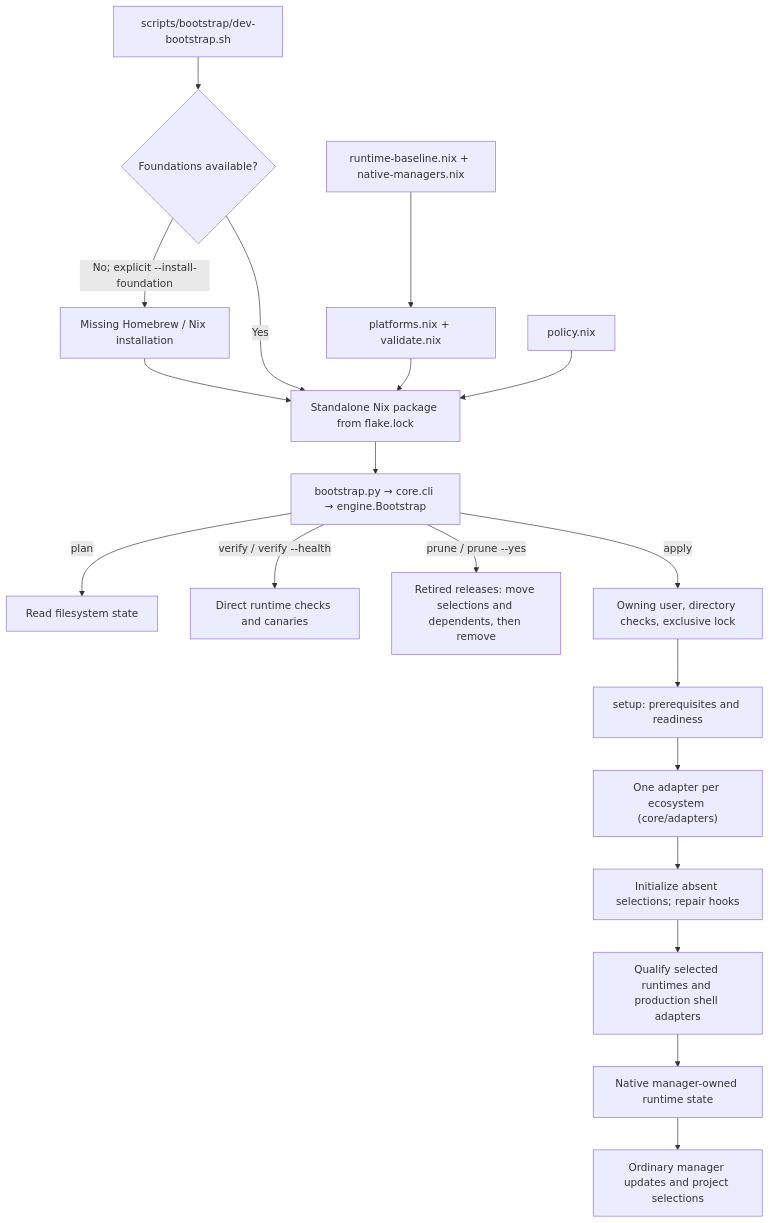
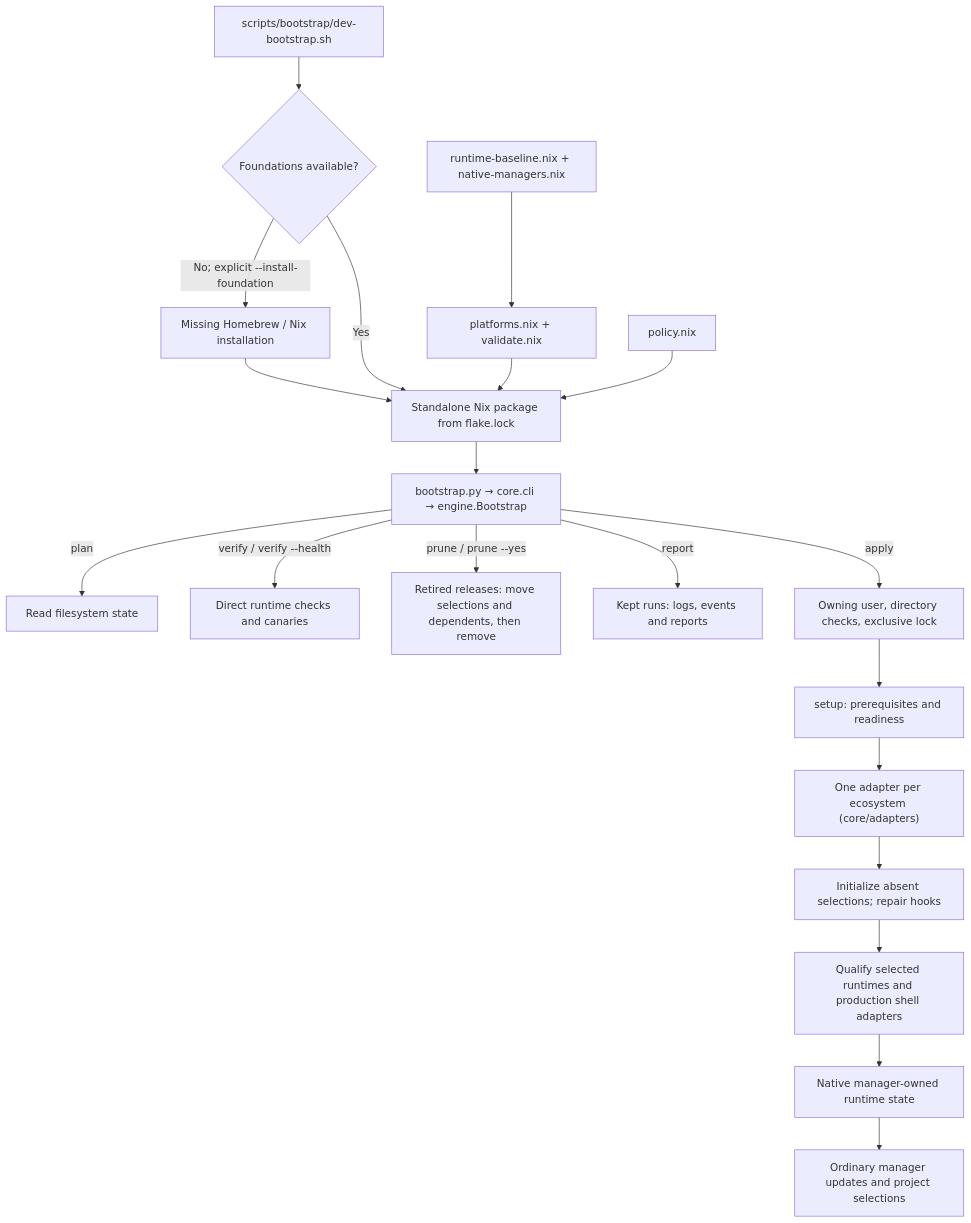
Before and after one commit to LCS-Dev-Ergos/Dotfiles: the diagram in home/dev/bootstrap/README.md, drawn with Mermaid. The commit also changed other lines of this file and 24 other files, not shown here.

First line of the commit message:
feat(dev-bootstrap): Keep a record of every apply, with logs, events and report.

````diff
--- a/home/dev/bootstrap/README.md
+++ b/home/dev/bootstrap/README.md
@@ -32,21 +32,22 @@
 ```mermaid
 flowchart TD
     Entry["scripts/bootstrap/dev-bootstrap.sh"] --> Foundation{"Foundations available?"}
     Foundation -->|No; explicit --install-foundation| Foundations["Missing Homebrew / Nix installation"]
     Foundations --> Package
     Foundation -->|Yes| Package["Standalone Nix package from flake.lock"]
     Baseline["runtime-baseline.nix + native-managers.nix"] --> Validation["platforms.nix + validate.nix"]
     Validation --> Package
     Policy["policy.nix"] --> Package
     Package --> CLI["bootstrap.py → core.cli → engine.Bootstrap"]
     CLI -->|plan| Inspect["Read filesystem state"]
     CLI -->|verify / verify --health| Verify["Direct runtime checks and canaries"]
     CLI -->|prune / prune --yes| Prune["Retired releases: move selections and dependents, then remove"]
+    CLI -->|report| Runs["Kept runs: logs, events and reports"]
     CLI -->|apply| Guard["Owning user, directory checks, exclusive lock"]
     Guard --> Setup["setup: prerequisites and readiness"]
     Setup --> Adapters["One adapter per ecosystem (core/adapters)"]
     Adapters --> Defaults["Initialize absent selections; repair hooks"]
     Defaults --> Shell["Qualify selected runtimes and production shell adapters"]
     Shell --> Native["Native manager-owned runtime state"]
     Native --> Updates["Ordinary manager updates and project selections"]
 ```
````
